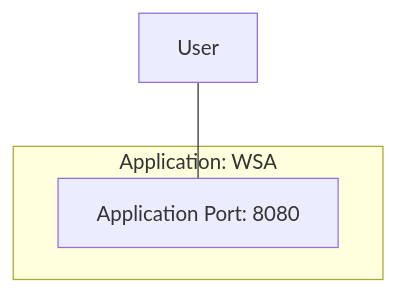
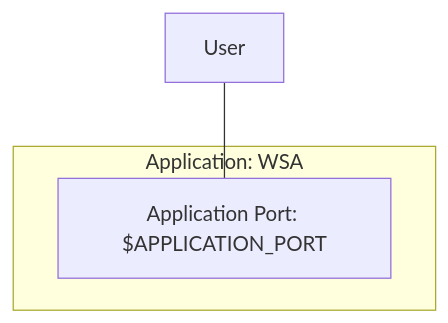
The diagram in application/README.md (rik-howard/eg-web-server), drawn with Mermaid before and after one commit. The commit also changed other lines of this file and 28 other files, not shown here.

````diff
--- a/application/README.md
+++ b/application/README.md
@@ -41,7 +43,7 @@
 ```mermaid
 graph TD
     User --- AP
     subgraph Application [Application: WSA]
-        AP[Application Port: 8080]
+        AP[Application Port: $APPLICATION_PORT]
     end
 ```
````
